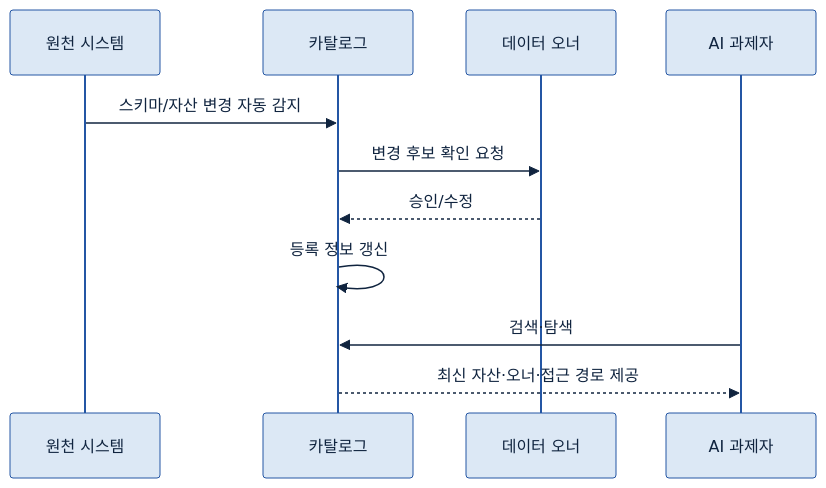
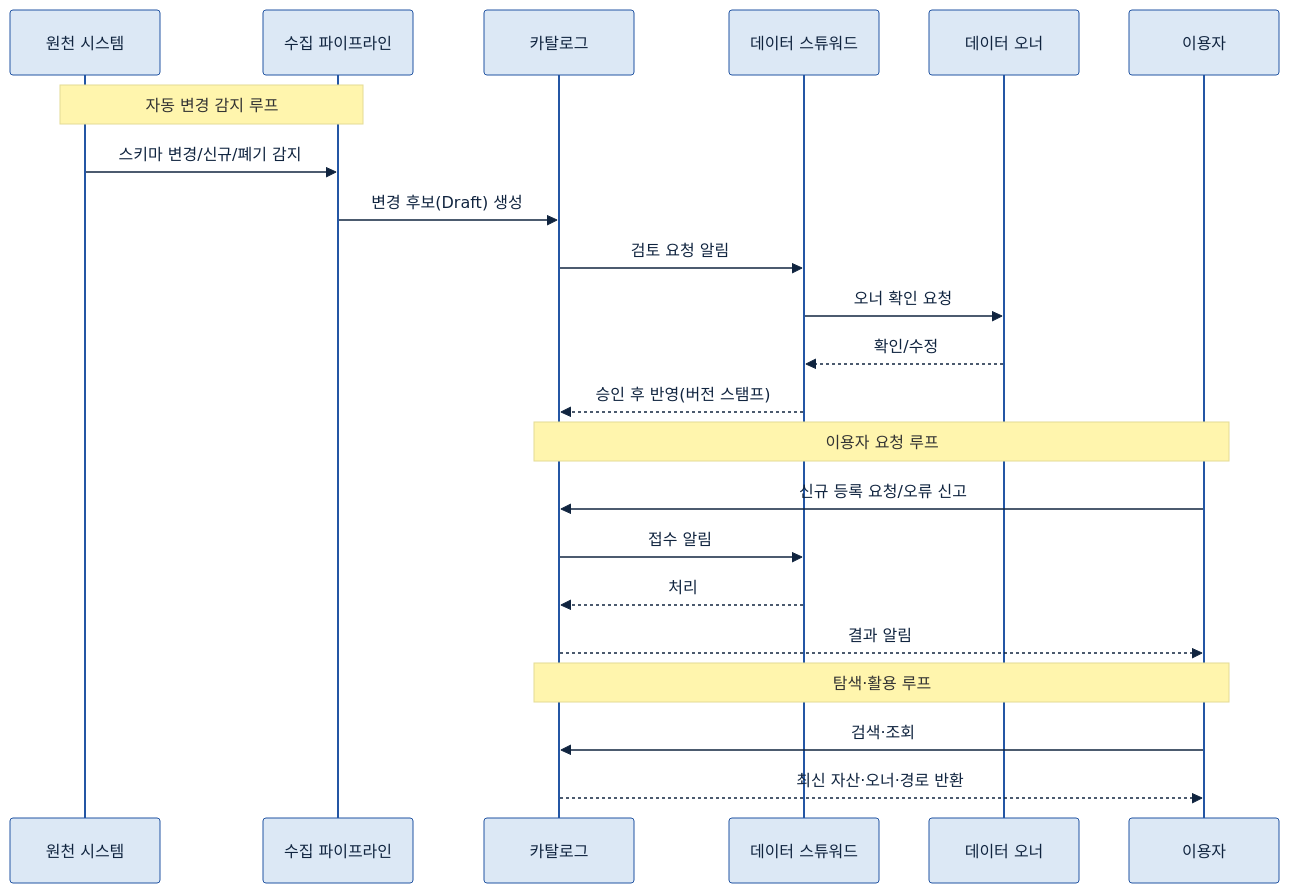
Diagram 14 of 16 in A-1 데이터 카탈로그.md (jin-kearney/ai-ready-data-manual), drawn with Mermaid before and after one commit. The commit also changed other lines of this file and 1 other file, not shown here.

First line of the commit message:
feat(A-1): 데이터 카탈로그 가이드 심화 (멀티 에이전트 작성 v0.2)

````diff
--- a/A-1 데이터 카탈로그.md
+++ b/A-1 데이터 카탈로그.md
@@ -309,14 +1215,25 @@
 ```mermaid
 %%{init: {'theme':'base','themeVariables':{'primaryColor':'#DCE8F5','primaryBorderColor':'#2456A4','primaryTextColor':'#10243f','lineColor':'#2456A4','fontSize':'13px'}}}%%
 sequenceDiagram
     participant SYS as 원천 시스템
+    participant PIPE as 수집 파이프라인
     participant CAT as 카탈로그
+    participant STW as 데이터 스튜워드
     participant OWN as 데이터 오너
-    participant USER as AI 과제자
-    SYS->>CAT: 스키마/자산 변경 자동 감지
-    CAT->>OWN: 변경 후보 확인 요청
-    OWN-->>CAT: 승인/수정
-    CAT->>CAT: 등록 정보 갱신
-    USER->>CAT: 검색·탐색
-    CAT-->>USER: 최신 자산·오너·접근 경로 제공
+    participant USER as 이용자
+    Note over SYS,PIPE: 자동 변경 감지 루프
+    SYS->>PIPE: 스키마 변경/신규/폐기 감지
+    PIPE->>CAT: 변경 후보(Draft) 생성
+    CAT->>STW: 검토 요청 알림
+    STW->>OWN: 오너 확인 요청
+    OWN-->>STW: 확인/수정
+    STW-->>CAT: 승인 후 반영(버전 스탬프)
+    Note over USER,CAT: 이용자 요청 루프
+    USER->>CAT: 신규 등록 요청/오류 신고
+    CAT->>STW: 접수 알림
+    STW-->>CAT: 처리
+    CAT-->>USER: 결과 알림
+    Note over USER,CAT: 탐색·활용 루프
+    USER->>CAT: 검색·조회
+    CAT-->>USER: 최신 자산·오너·경로 반환
 ```
````
